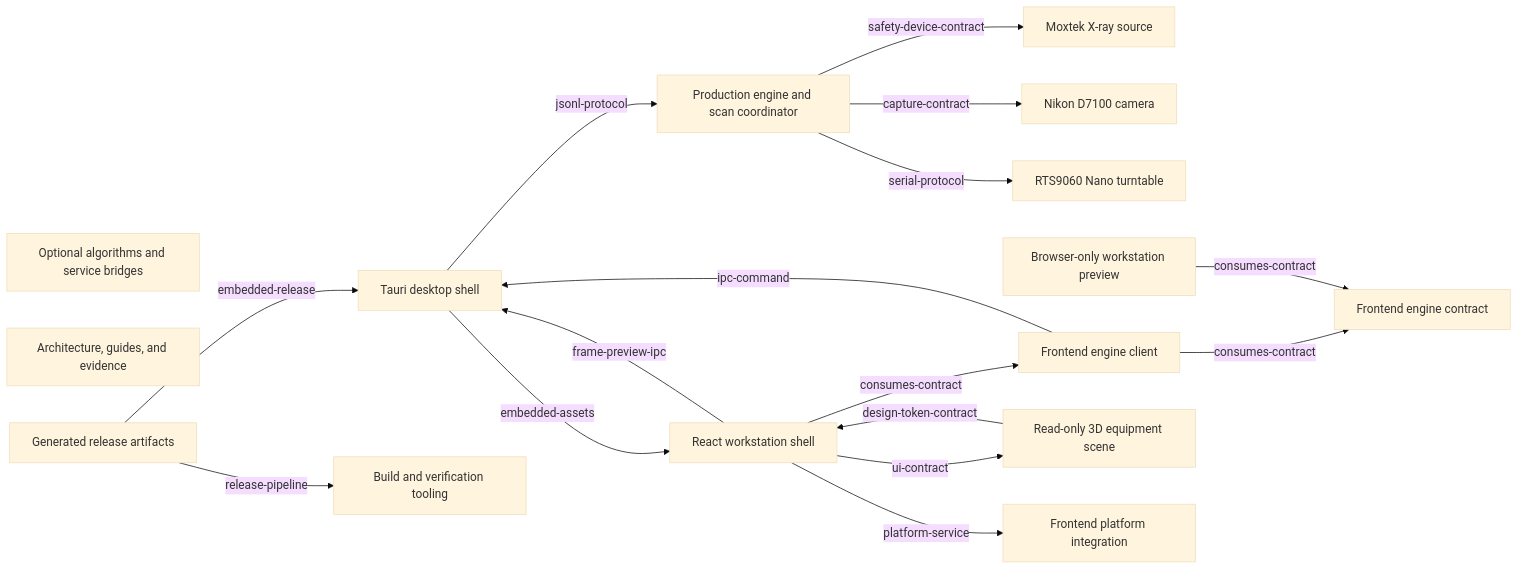
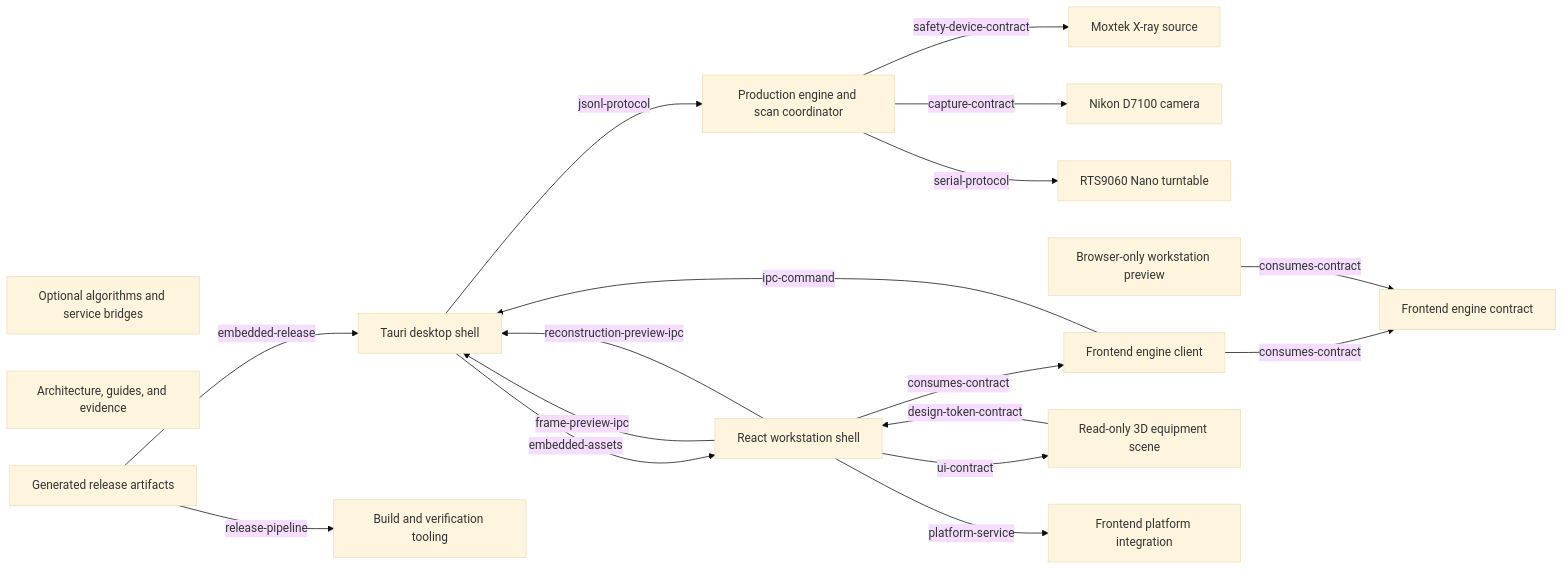
The diagram in docs/architecture/module-graph.md (Holy1one/Micro-CT-Workstation), drawn with Mermaid (base theme) before and after one commit. The commit also changed other lines of this file and 41 other files, not shown here.

````diff
--- a/docs/architecture/module-graph.md
+++ b/docs/architecture/module-graph.md
@@ -8,33 +8,34 @@
 ```mermaid
 flowchart LR
   engine_core["Production engine and scan coordinator"]
   device_xray["Moxtek X-ray source"]
   device_camera["Nikon D7100 camera"]
   device_turntable["RTS9060 Nano turntable"]
   desktop_shell["Tauri desktop shell"]
   frontend_contract["Frontend engine contract"]
   frontend_client["Frontend engine client"]
   developer_preview["Browser-only workstation preview"]
   ui_shell["React workstation shell"]
   scene["Read-only 3D equipment scene"]
   platform["Frontend platform integration"]
   build_tooling["Build and verification tooling"]
   extensions["Optional algorithms and service bridges"]
   documentation["Architecture, guides, and evidence"]
   release_artifacts["Generated release artifacts"]
   release_artifacts -->|release-pipeline| build_tooling
   release_artifacts -->|embedded-release| desktop_shell
   desktop_shell -->|embedded-assets| ui_shell
   ui_shell -->|consumes-contract| frontend_client
   frontend_client -->|consumes-contract| frontend_contract
   developer_preview -->|consumes-contract| frontend_contract
   frontend_client -->|ipc-command| desktop_shell
   ui_shell -->|frame-preview-ipc| desktop_shell
+  ui_shell -->|reconstruction-preview-ipc| desktop_shell
   desktop_shell -->|jsonl-protocol| engine_core
   engine_core -->|safety-device-contract| device_xray
   engine_core -->|capture-contract| device_camera
   engine_core -->|serial-protocol| device_turntable
   ui_shell -->|ui-contract| scene
   scene -->|design-token-contract| ui_shell
   ui_shell -->|platform-service| platform
 ```
````
